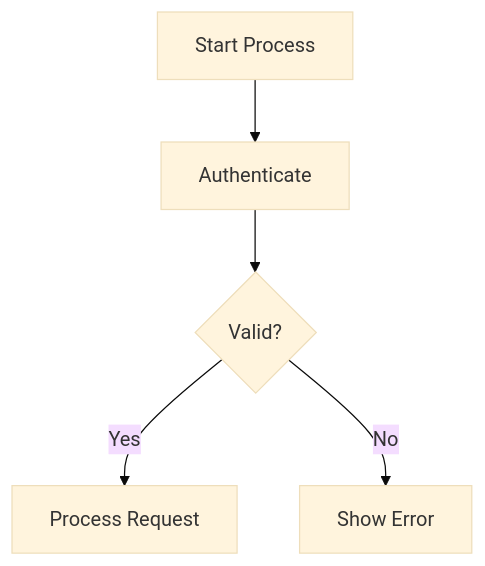
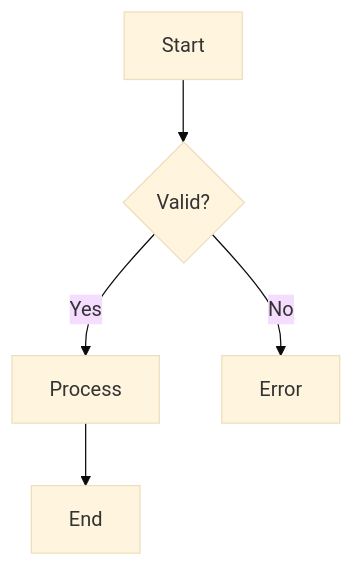
The second of 6 diagrams in plugins/majestic-engineer/skills/mermaid-builder/SKILL.md (majesticlabs-dev/majestic-marketplace), drawn with Mermaid (base theme) before and after one commit. The commit also changed other lines of this file and 11 other files, not shown here.

````diff
--- a/plugins/majestic-engineer/skills/mermaid-builder/SKILL.md
+++ b/plugins/majestic-engineer/skills/mermaid-builder/SKILL.md
@@ -108,18 +78,7 @@
 ```mermaid
 flowchart TD
-    %% This is a comment
-    %% Multi-line comments help explain
-    %% complex diagram sections
-
-    Start["Start Process"]
-
-    %% Authentication flow
-    Start --> Auth["Authenticate"]
-    Auth --> Check{Valid?}
-
-    %% Success path
-    Check -->|Yes| Process["Process Request"]
-
-    %% Error path
-    Check -->|No| Error["Show Error"]
+    Start["Start"] --> Check{Valid?}
+    Check -->|Yes| Process["Process"]
+    Check -->|No| Error["Error"]
+    Process --> End["End"]
 ```
````
